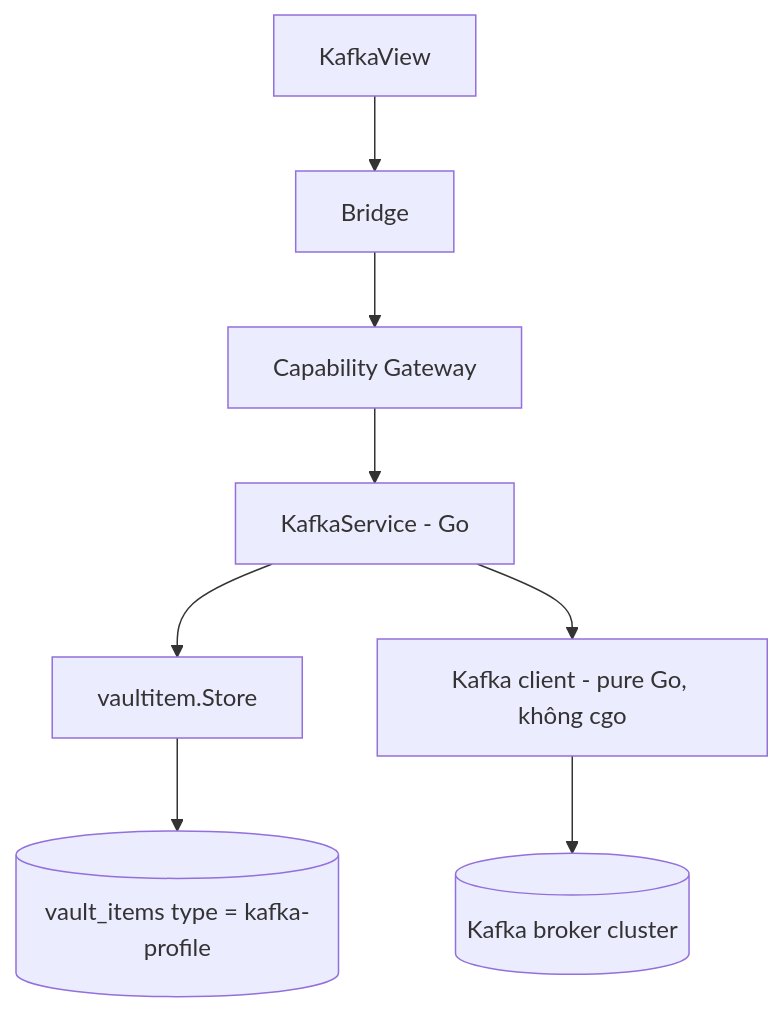
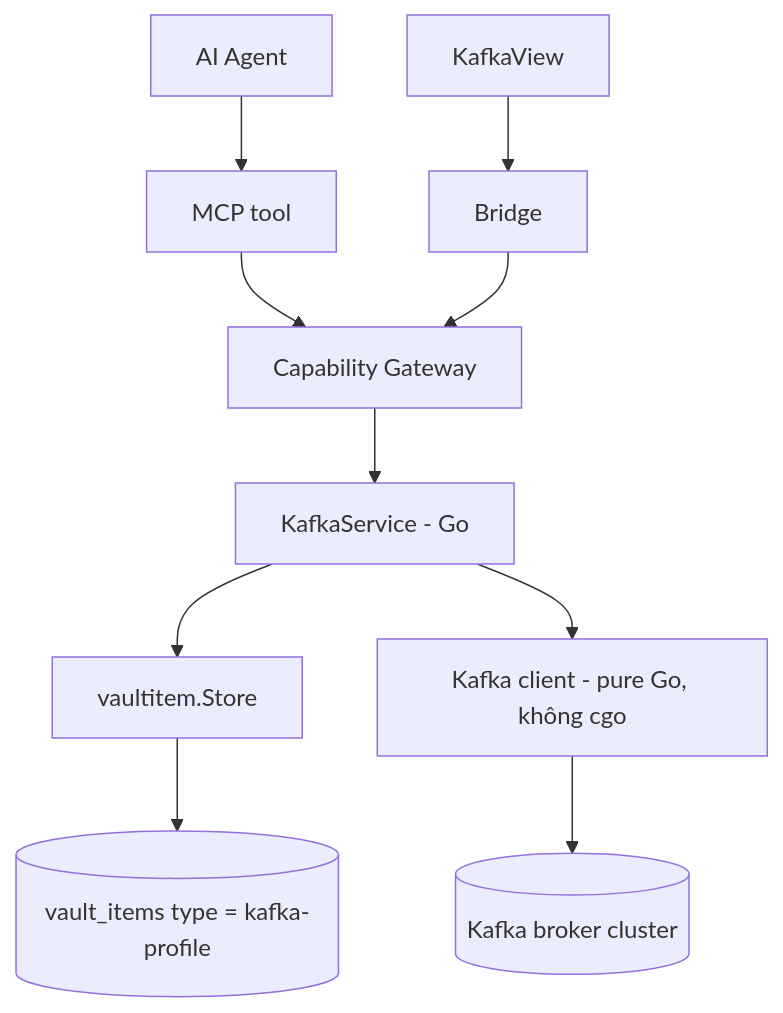
The first of 3 diagrams in content/projects/dev-kit/kafka.mdx (syurodev/base), drawn with Mermaid before and after one commit. The commit also changed other lines of this file and 1 other file, not shown here.

````diff
--- a/content/projects/dev-kit/kafka.mdx
+++ b/content/projects/dev-kit/kafka.mdx
@@ -16,10 +16,11 @@
 ```mermaid
 flowchart TD
   UI[KafkaView] --> BR[Bridge]
+  AGENT[AI Agent] --> MCP[MCP tool] --> GW
   BR --> GW[Capability Gateway]
   GW --> SVC[KafkaService - Go]
   SVC --> STORE[vaultitem.Store]
   STORE --> ITEMS[(vault_items type = kafka-profile)]
   SVC --> CLIENT["Kafka client - pure Go, không cgo"]
   CLIENT --> BROKER[(Kafka broker cluster)]
 ```
````
